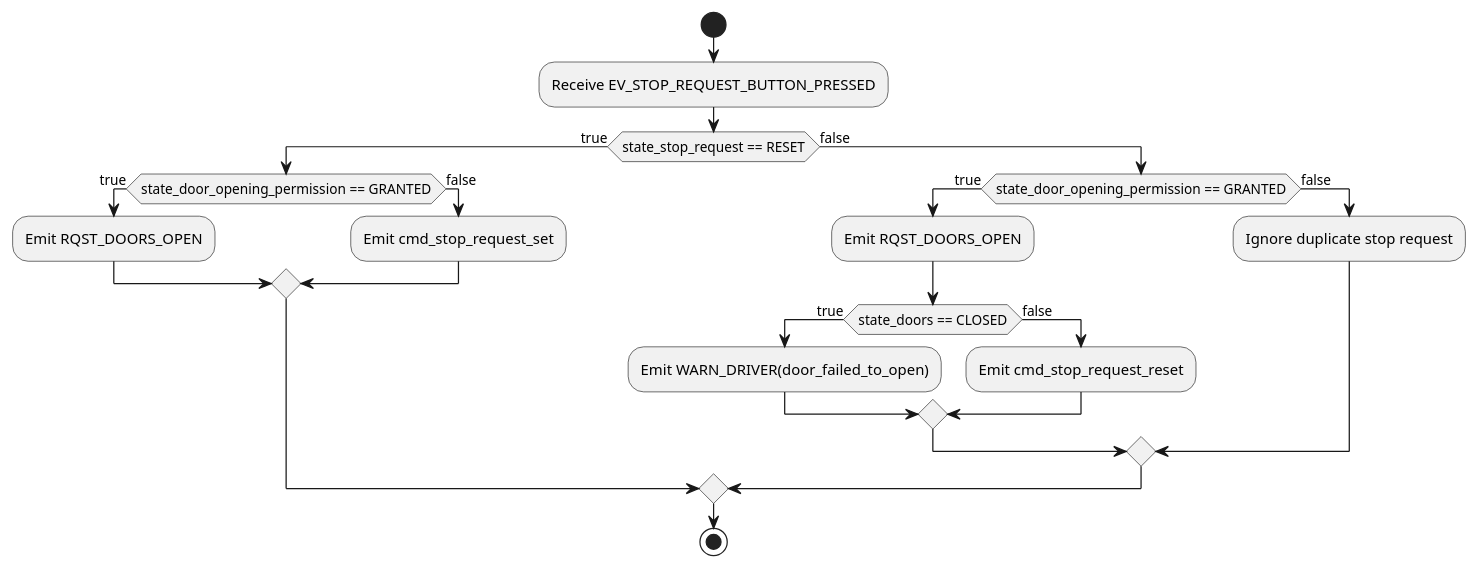
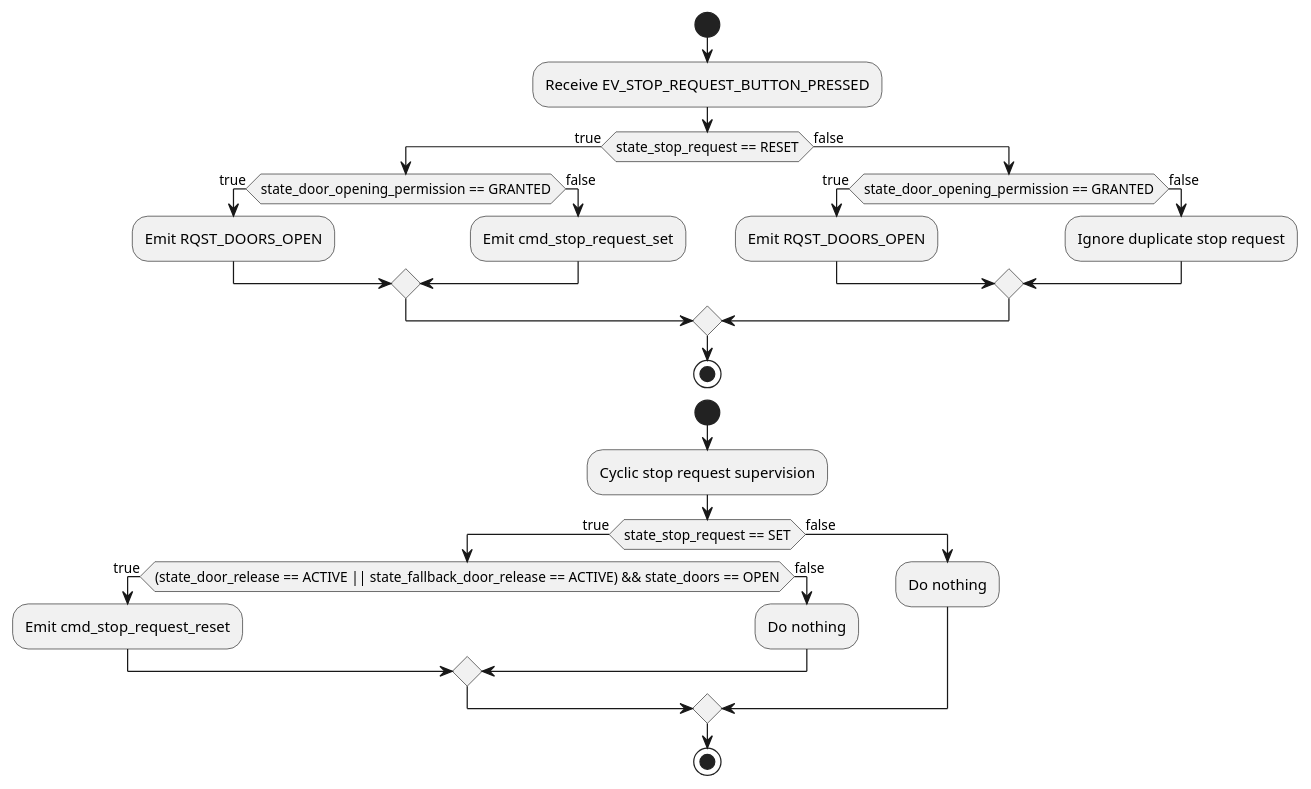
One commit to paetzholdt/CANRepo changed the diagram in docs/models/activity_diagrams/node-door-controller/stop_request_supervisor_activity.puml. Above: the diagram before and after it, drawn with PlantUML.

Commit message:
refactor(models): extend stop request supervisor activity diagram

```diff
--- a/docs/models/activity_diagrams/node-door-controller/stop_request_supervisor_activity.puml
+++ b/docs/models/activity_diagrams/node-door-controller/stop_request_supervisor_activity.puml
@@ -1,42 +1,49 @@
 @startuml stop_request_supervisor_activity
 
 start
 
 :Receive EV_STOP_REQUEST_BUTTON_PRESSED;
 
 if (state_stop_request == RESET) then (true) 
     if (state_door_opening_permission == GRANTED) then (true)
         :Emit RQST_DOORS_OPEN;
 
     else (false)
         :Emit cmd_stop_request_set;
     
     endif
 
 else (false)
     if (state_door_opening_permission == GRANTED) then (true)
         :Emit RQST_DOORS_OPEN;
-
-        ' TODO:
-        ' Door opening is asynchronous
-        ' state_doors shall not be evaluated immediately after emitting RQST_DOORS_OPEN
-        ' Future improvement: introduction of separate asynchronous door supervision (e.g. EV_DOOR_OPEN_TIMEOUT)
-        if (state_doors == CLOSED) then (true)
-            :Emit WARN_DRIVER(door_failed_to_open);
-
-        else (false)
-            :Emit cmd_stop_request_reset;
-        
-        endif
     
     else (false)
         :Ignore duplicate stop request;
     
     endif
 
 endif
 
 stop
 
 
+start
+
+:Cyclic stop request supervision;
+
+if (state_stop_request == SET) then (true)
+    if ((state_door_release == ACTIVE || state_fallback_door_release == ACTIVE) && state_doors == OPEN) then (true)
+
+        :Emit cmd_stop_request_reset;
+
+    else (false)
+    :Do nothing;
+    endif
+
+else (false)
+:Do nothing;
+endif
+stop
+
+
 @enduml
```
